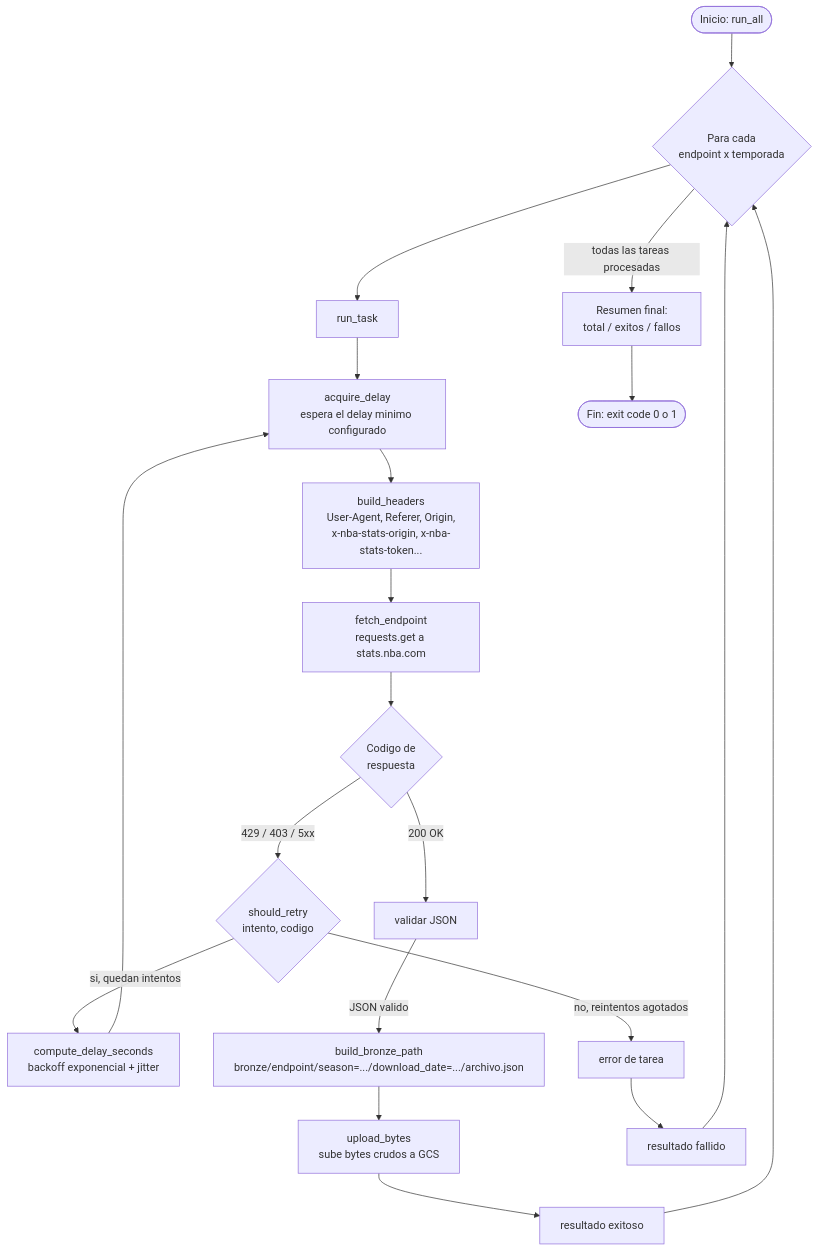
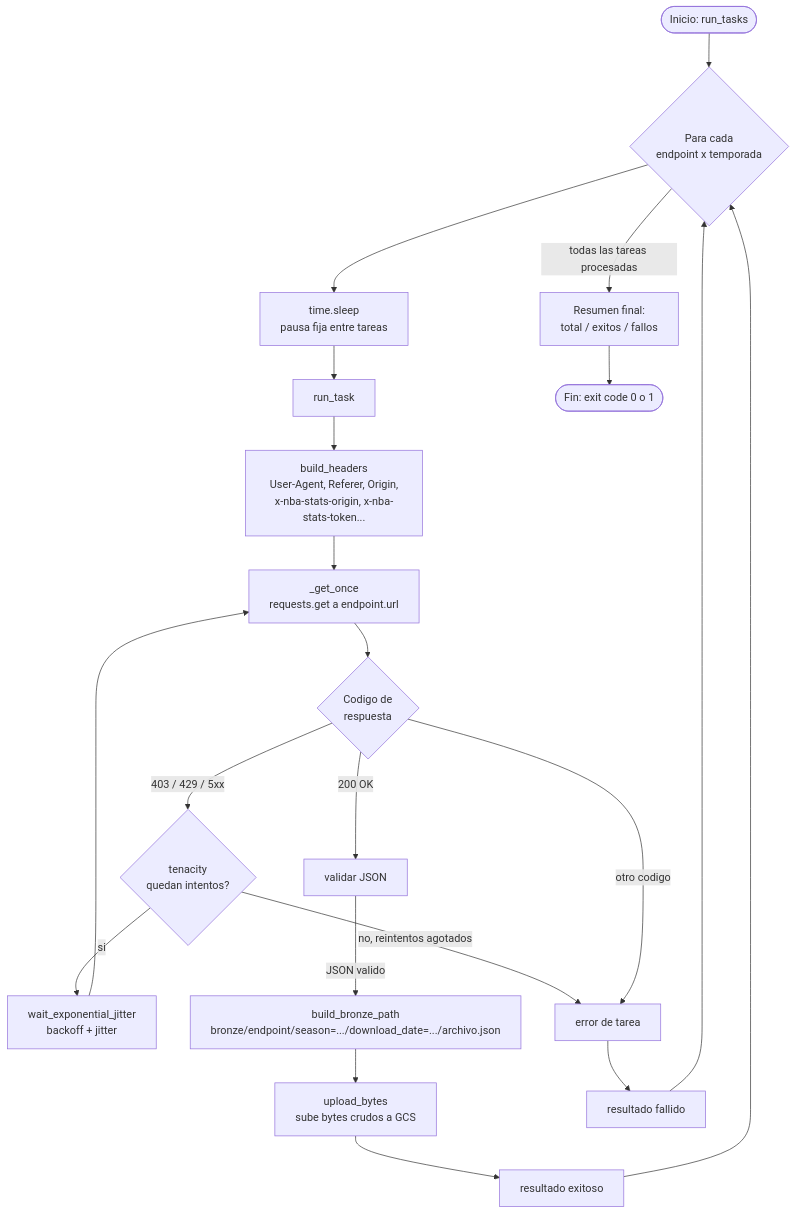
One commit to ghe0034/all_nba_numbers changed the diagram in ARCHITECTURE.md. Above: the diagram before and after it, drawn with Mermaid. The commit also changed other lines of this file and 24 other files, not shown here.

````diff
--- a/ARCHITECTURE.md
+++ b/ARCHITECTURE.md
@@ -26,30 +28,32 @@
 ```mermaid
 flowchart TD
-    Start([Inicio: run_all]) --> Loop{Para cada<br/>endpoint x temporada}
-    Loop --> Task[run_task]
+    Start([Inicio: run_tasks]) --> Loop{Para cada<br/>endpoint x temporada}
+    Loop --> Pause[time.sleep<br/>pausa fija entre tareas]
+    Pause --> Task[run_task]
 
-    Task --> RateLimit[acquire_delay<br/>espera el delay minimo configurado]
-    RateLimit --> Headers[build_headers<br/>User-Agent, Referer, Origin,<br/>x-nba-stats-origin, x-nba-stats-token...]
-    Headers --> Send[fetch_endpoint<br/>requests.get a stats.nba.com]
+    Task --> Headers[build_headers<br/>User-Agent, Referer, Origin,<br/>x-nba-stats-origin, x-nba-stats-token...]
+    Headers --> Send[_get_once<br/>requests.get a endpoint.url]
 
     Send --> Status{Codigo de<br/>respuesta}
 
     Status -->|200 OK| Validate[validar JSON]
 
-    Status -->|429 / 403 / 5xx| Retry{should_retry<br/>intento, codigo}
-    Retry -->|si, quedan intentos| Backoff[compute_delay_seconds<br/>backoff exponencial + jitter]
-    Backoff --> RateLimit
+    Status -->|403 / 429 / 5xx| Retry{tenacity<br/>quedan intentos?}
+    Retry -->|si| Backoff[wait_exponential_jitter<br/>backoff + jitter]
+    Backoff --> Send
     Retry -->|no, reintentos agotados| Fail[error de tarea]
+
+    Status -->|otro codigo| Fail
 
     Validate -->|JSON valido| BuildPath[build_bronze_path<br/>bronze/endpoint/season=.../download_date=.../archivo.json]
     BuildPath --> Upload[upload_bytes<br/>sube bytes crudos a GCS]
     Upload --> Success[resultado exitoso]
 
     Fail --> ResultFail[resultado fallido]
 
     Success --> Loop
     ResultFail --> Loop
 
     Loop -->|todas las tareas procesadas| Summary[Resumen final:<br/>total / exitos / fallos]
     Summary --> End([Fin: exit code 0 o 1])
 ```
````
